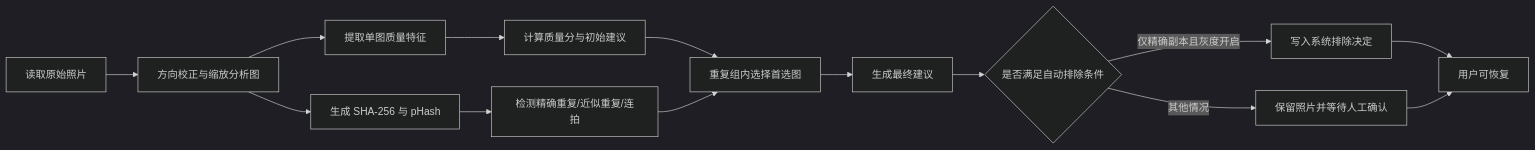
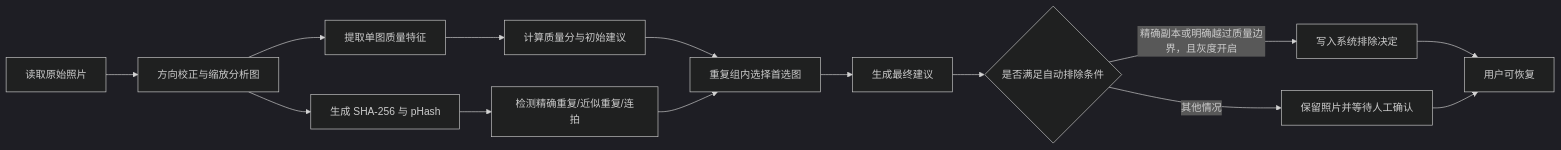
The diagram in docs/阶段B-照片清洗环节说明.md (jackli5541/pixelpress), drawn with Mermaid (dark theme) before and after one commit. The commit also changed other lines of this file and 9 other files, not shown here.

````diff
--- a/docs/阶段B-照片清洗环节说明.md
+++ b/docs/阶段B-照片清洗环节说明.md
@@ -16,16 +16,16 @@
 ```mermaid
 flowchart LR
     A[读取原始照片] --> B[方向校正与缩放分析图]
     B --> C[提取单图质量特征]
     B --> D[生成 SHA-256 与 pHash]
     C --> E[计算质量分与初始建议]
     D --> F[检测精确重复/近似重复/连拍]
     E --> G[重复组内选择首选图]
     F --> G
     G --> H[生成最终建议]
     H --> I{是否满足自动排除条件}
-    I -->|仅精确副本且灰度开启| J[写入系统排除决定]
+    I -->|精确副本或明确越过质量边界，且灰度开启| J[写入系统排除决定]
     I -->|其他情况| K[保留照片并等待人工确认]
     J --> L[用户可恢复]
     K --> L
 ```
````
